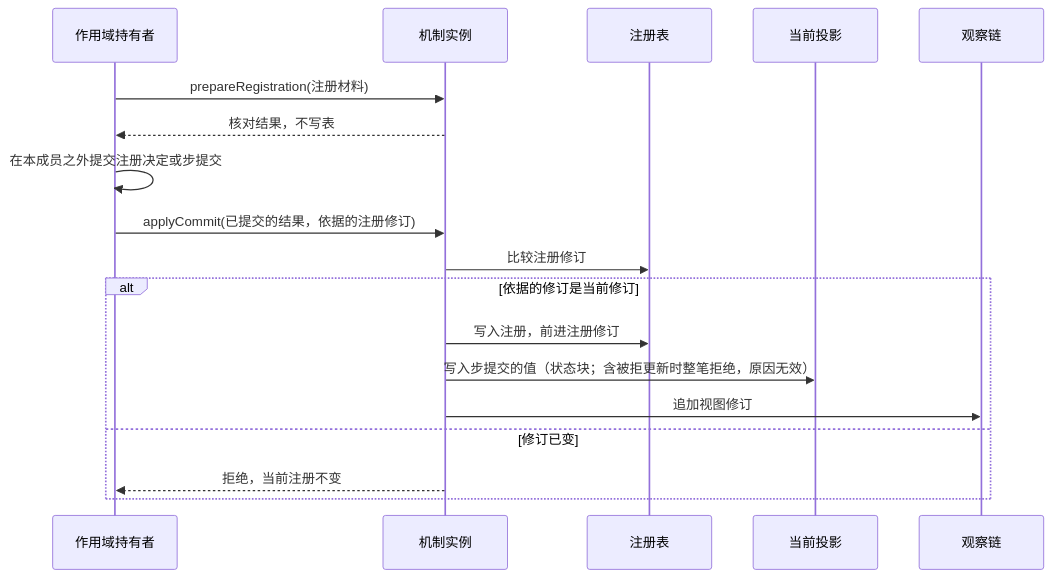
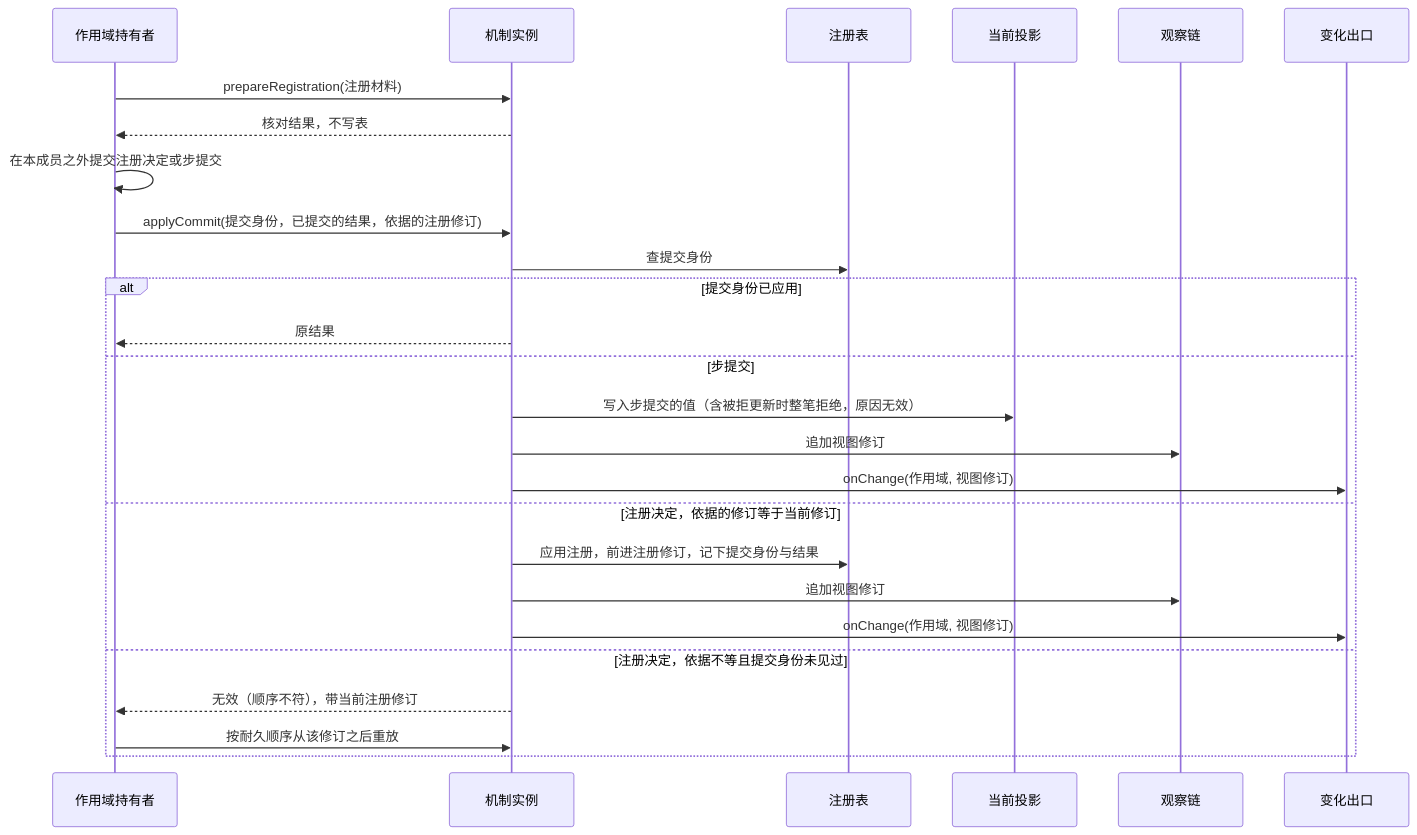
The first of 5 diagrams in packages/context/runtime-context/docs/flows.md (nemori-ai/omne-harness-lite), drawn with Mermaid before and after one commit. The commit also changed other lines of this file and 68 other files, not shown here.

````diff
--- a/packages/context/runtime-context/docs/flows.md
+++ b/packages/context/runtime-context/docs/flows.md
@@ -13,20 +13,28 @@
 ```mermaid
 sequenceDiagram
   participant H as 作用域持有者
   participant M as 机制实例
   participant Reg as 注册表
   participant Proj as 当前投影
   participant Obs as 观察链
+  participant O as 变化出口
   H->>M: prepareRegistration(注册材料)
   M-->>H: 核对结果，不写表
   H->>H: 在本成员之外提交注册决定或步提交
-  H->>M: applyCommit(已提交的结果，依据的注册修订)
-  M->>Reg: 比较注册修订
-  alt 依据的修订是当前修订
-    M->>Reg: 写入注册，前进注册修订
-    M->>Proj: 写入步提交的值（状态块；含被拒更新时整笔拒绝，原因无效）
+  H->>M: applyCommit(提交身份，已提交的结果，依据的注册修订)
+  M->>Reg: 查提交身份
+  alt 提交身份已应用
+    M-->>H: 原结果
+  else 步提交
+    M->>Proj: 写入步提交的值（含被拒更新时整笔拒绝，原因无效）
     M->>Obs: 追加视图修订
-  else 修订已变
-    M-->>H: 拒绝，当前注册不变
+    M->>O: onChange(作用域, 视图修订)
+  else 注册决定，依据的修订等于当前修订
+    M->>Reg: 应用注册，前进注册修订，记下提交身份与结果
+    M->>Obs: 追加视图修订
+    M->>O: onChange(作用域, 视图修订)
+  else 注册决定，依据不等且提交身份未见过
+    M-->>H: 无效（顺序不符），带当前注册修订
+    H->>M: 按耐久顺序从该修订之后重放
   end
 ```
````
